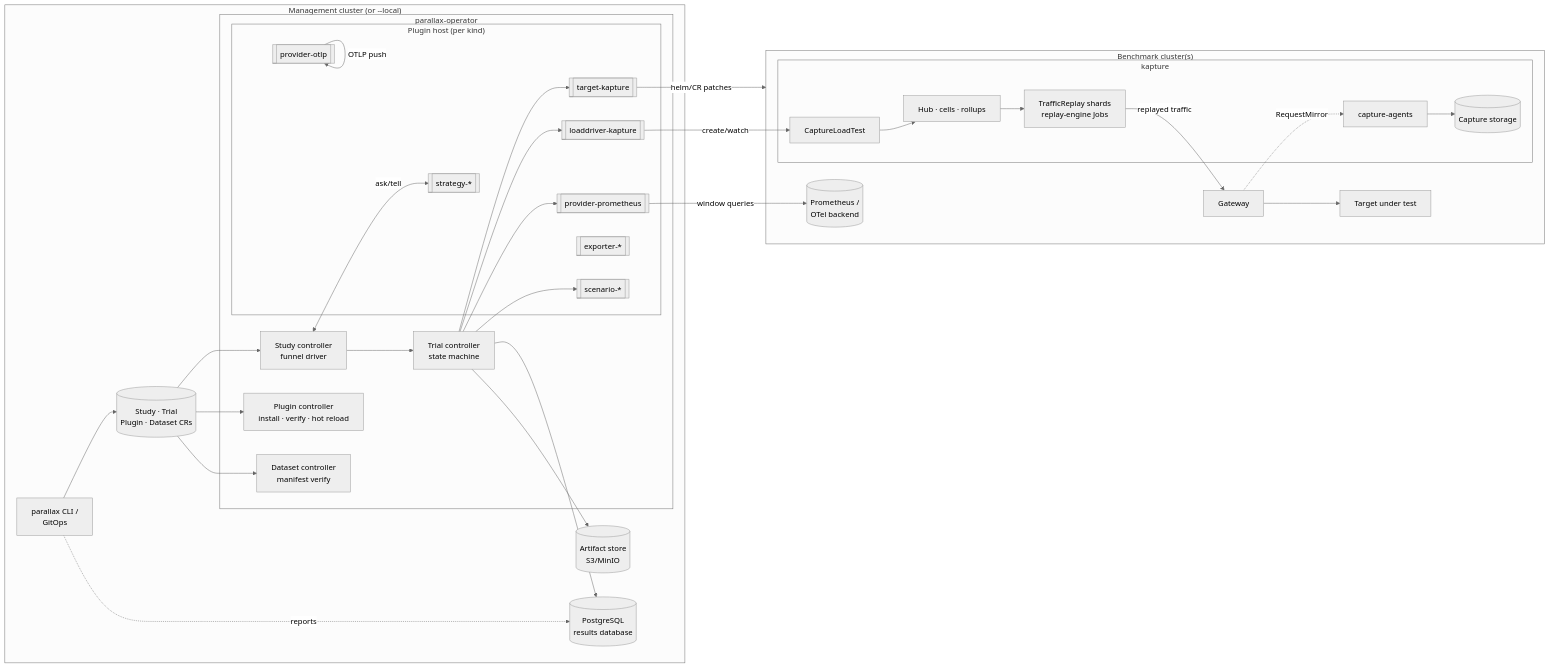
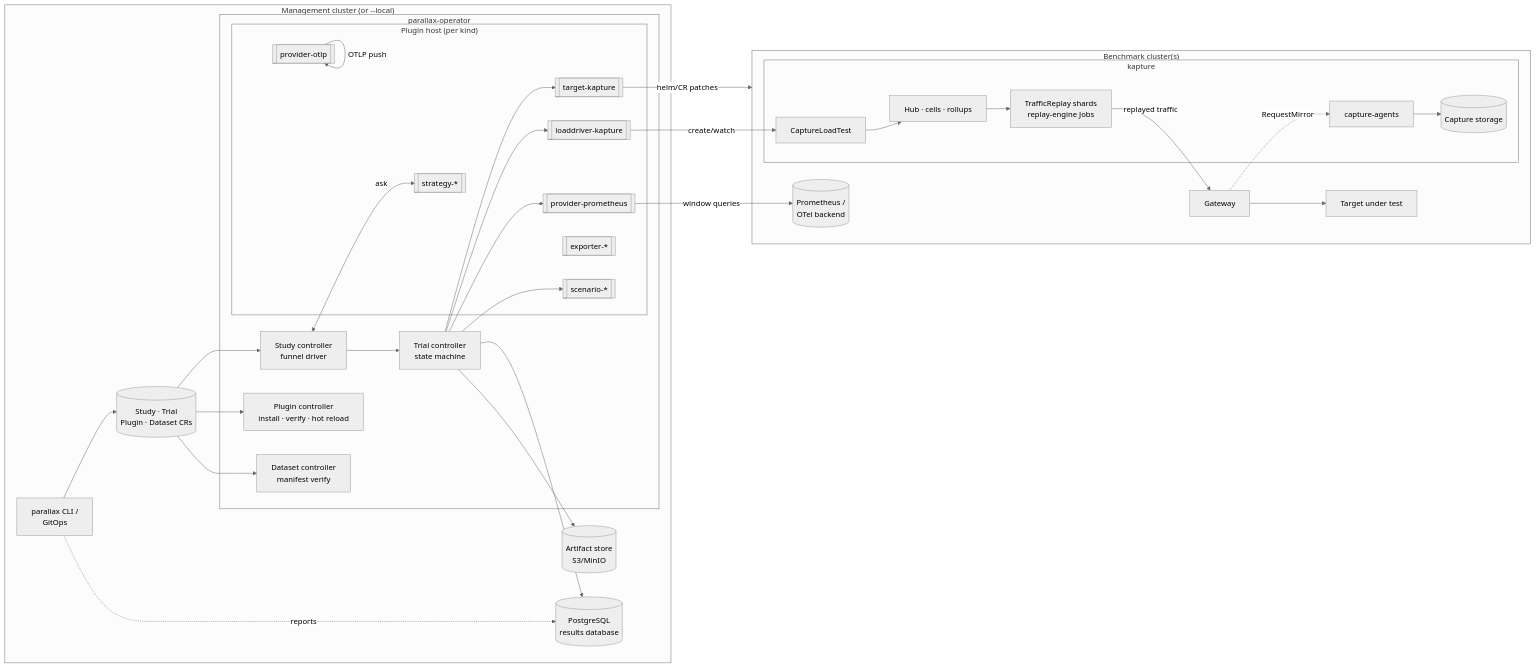
One commit to aburan28/parallax changed the first of 4 diagrams in docs/DESIGN.md. Above: the diagram before and after it, drawn with Mermaid (neutral theme). The commit also changed other lines of this file and 19 other files, not shown here.

````diff
--- a/docs/DESIGN.md
+++ b/docs/DESIGN.md
@@ -88,44 +88,44 @@
 ```mermaid
 flowchart LR
     subgraph mgmt["Management cluster (or --local)"]
         subgraph operator["parallax-operator"]
             SC[Study controller<br/>funnel driver] --> TC[Trial controller<br/>state machine]
             PC[Plugin controller<br/>install · verify · hot reload]
             DC[Dataset controller<br/>manifest verify]
             subgraph host["Plugin host (per kind)"]
                 TGT[[target-kapture]]
                 LD[[loaddriver-kapture]]
                 MP[[provider-prometheus]]
                 MO[[provider-otlp]]
                 STRAT[[strategy-*]]
                 SCN[[scenario-*]]
                 EXP[[exporter-*]]
             end
-            SC <-->|ask/tell| STRAT
+            SC <-->|ask| STRAT
             TC --> TGT & LD & MP & SCN
         end
         CRD[(Study · Trial<br/>Plugin · Dataset CRs)] --> SC & PC & DC
         DB[(PostgreSQL<br/>results database)]
         ART[(Artifact store<br/>S3/MinIO)]
         TC --> DB & ART
         CLI[parallax CLI /<br/>GitOps] --> CRD
         CLI -.->|reports| DB
     end
 
     subgraph bench["Benchmark cluster(s)"]
         subgraph kapture["kapture"]
             HUB[Hub · cells · rollups]
             CLT[CaptureLoadTest] --> HUB
             HUB --> TR[TrafficReplay shards<br/>replay-engine Jobs]
             CA[capture-agents] --> ST[(Capture storage)]
         end
         TR -->|replayed traffic| GW[Gateway] --> SUT[Target under test]
         GW -.->|RequestMirror| CA
         PROM[(Prometheus /<br/>OTel backend)]
     end
 
     TGT -->|helm/CR patches| bench
     LD -->|create/watch| CLT
     MP -->|window queries| PROM
     MO -->|OTLP push| MO
 ```
````
